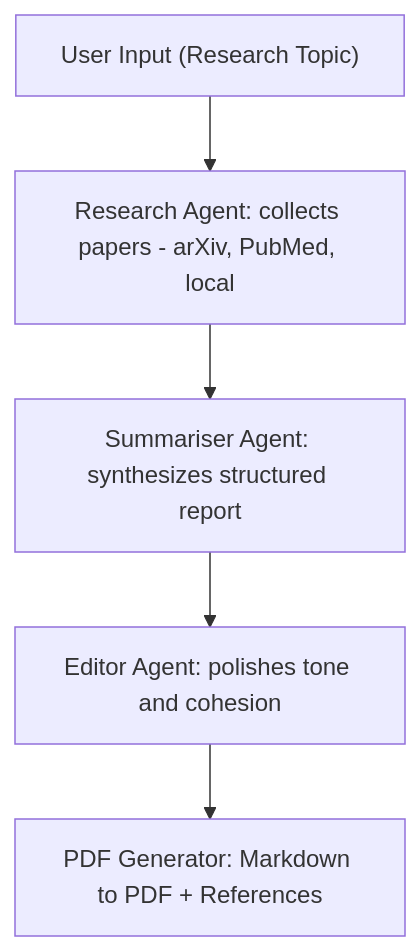
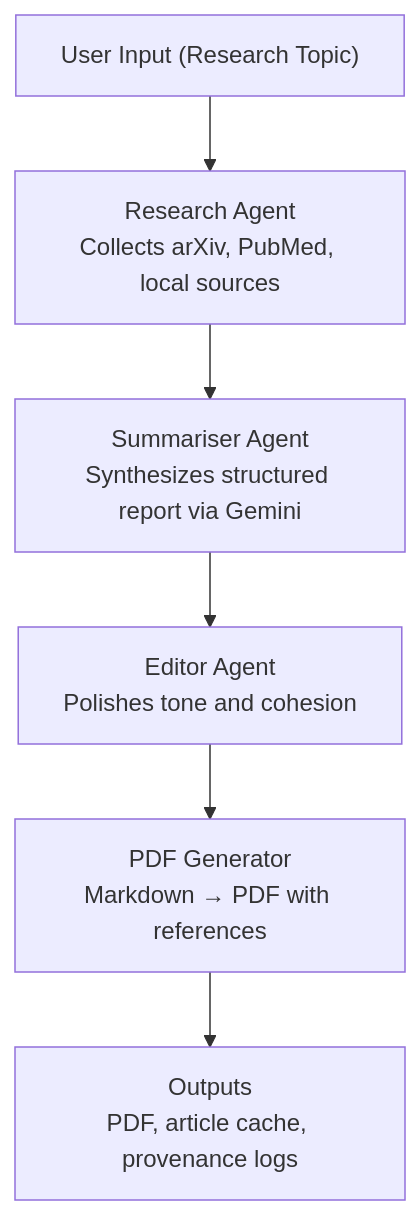
Before and after one commit to Yohanes-Mk/ResearchMate: the diagram in README.md, drawn with Mermaid. The commit also changed other lines of this file, not shown here.

````diff
--- a/README.md
+++ b/README.md
@@ -40,7 +139,8 @@
 ```mermaid
 flowchart TD
-    A["User Input (Research Topic)"] --> B["Research Agent: collects papers - arXiv, PubMed, local"]
-    B --> C["Summariser Agent: synthesizes structured report"]
-    C --> D["Editor Agent: polishes tone and cohesion"]
-    D --> E["PDF Generator: Markdown to PDF + References"]
+    A["User Input (Research Topic)"] --> B["Research Agent<br/>Collects arXiv, PubMed, local sources"]
+    B --> C["Summariser Agent<br/>Synthesizes structured report via Gemini"]
+    C --> D["Editor Agent<br/>Polishes tone and cohesion"]
+    D --> E["PDF Generator<br/>Markdown → PDF with references"]
+    E --> F["Outputs<br/>PDF, article cache, provenance logs"]
 ```
````
